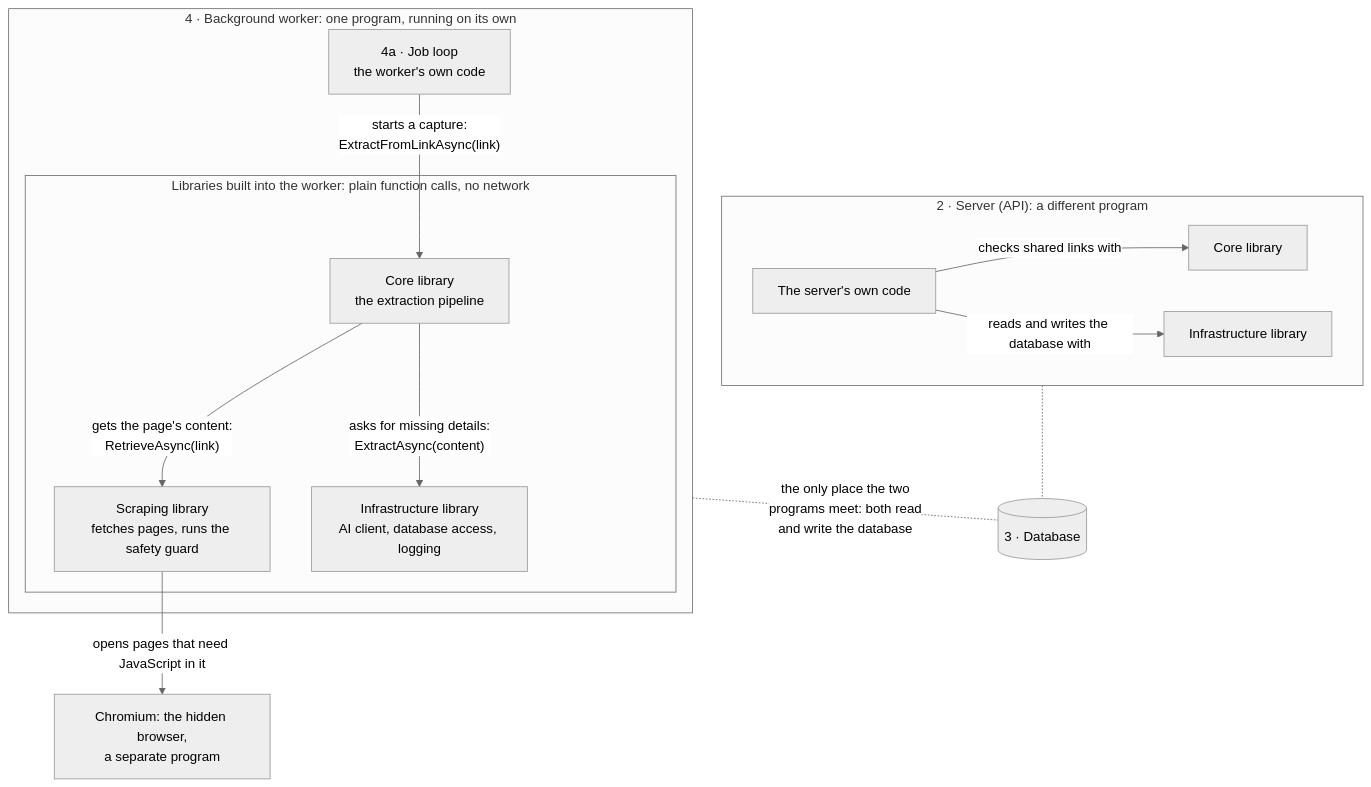
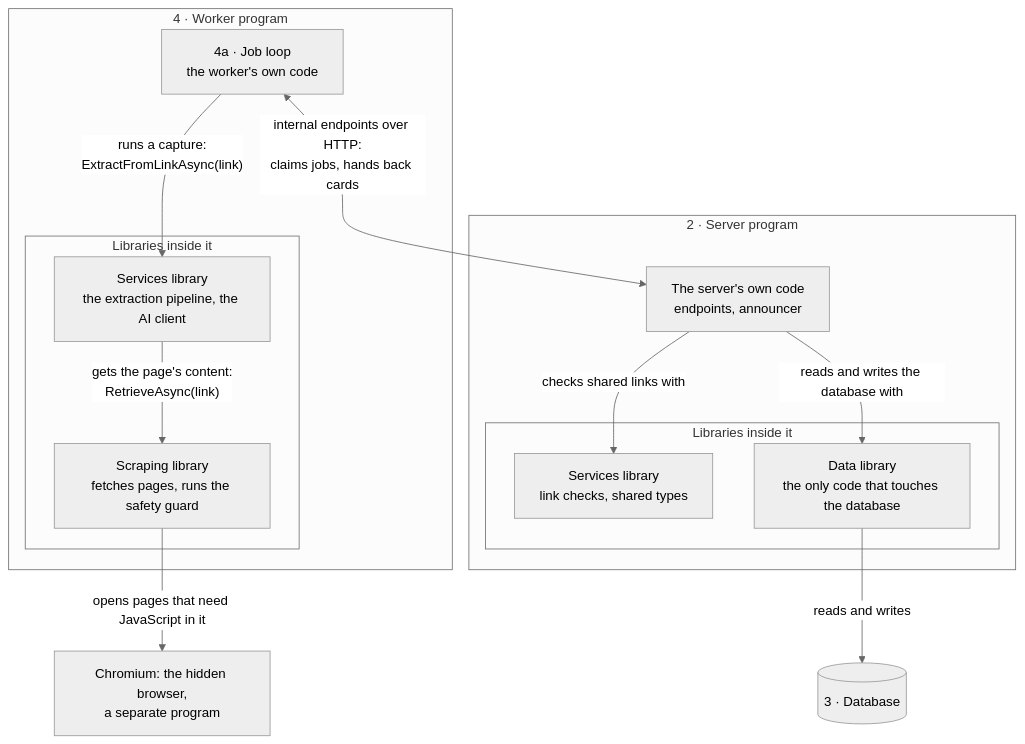
The fifth of 14 diagrams in docs/architecture.md (SunchokePasta/Plannr), drawn with Mermaid (neutral theme) before and after one commit. The commit also changed other lines of this file and 4 other files, not shown here.

First line of the commit message:
Redraw the architecture page for the hand-offs; log 12a's fixes (12b)

````diff
--- a/docs/architecture.md
+++ b/docs/architecture.md
@@ -221,29 +261,29 @@
 ```mermaid
 flowchart TB
-  subgraph WP["4 · Background worker: one program, running on its own"]
+  subgraph WP["4 · Worker program"]
     w1["4a · Job loop<br/>the worker's own code"]
-    subgraph LIBS["Libraries built into the worker: plain function calls, no network"]
-      core["Core library<br/>the extraction pipeline"]
+    subgraph WL["Libraries inside it"]
+      svc["Services library<br/>the extraction pipeline, the AI client"]
       scrape["Scraping library<br/>fetches pages, runs the safety guard"]
-      infra["Infrastructure library<br/>AI client, database access, logging"]
     end
-    w1 -->|"starts a capture:<br/>ExtractFromLinkAsync(link)"| core
-    core -->|"gets the page's content:<br/>RetrieveAsync(link)"| scrape
-    core -->|"asks for missing details:<br/>ExtractAsync(content)"| infra
+    w1 -->|"runs a capture:<br/>ExtractFromLinkAsync(link)"| svc
+    svc -->|"gets the page's content:<br/>RetrieveAsync(link)"| scrape
   end
 
   chrome["Chromium: the hidden browser,<br/>a separate program"]
   scrape -->|"opens pages that need JavaScript in it"| chrome
 
-  subgraph AP["2 · Server (API): a different program"]
-    api["The server's own code"]
-    core2["Core library"]
-    infra2["Infrastructure library"]
-    api -->|"checks shared links with"| core2
-    api -->|"reads and writes the database with"| infra2
+  subgraph AP["2 · Server program"]
+    api["The server's own code<br/>endpoints, announcer"]
+    subgraph AL["Libraries inside it"]
+      svc2["Services library<br/>link checks, shared types"]
+      data["Data library<br/>the only code that touches the database"]
+    end
+    api -->|"checks shared links with"| svc2
+    api -->|"reads and writes the database with"| data
   end
 
   db[("3 · Database")]
-  WP -.-|"the only place the two<br/>programs meet: both read<br/>and write the database"| db
-  AP -.- db
+  data -->|"reads and writes"| db
+  w1 <-->|"internal endpoints over HTTP:<br/>claims jobs, hands back cards"| api
 ```
````
